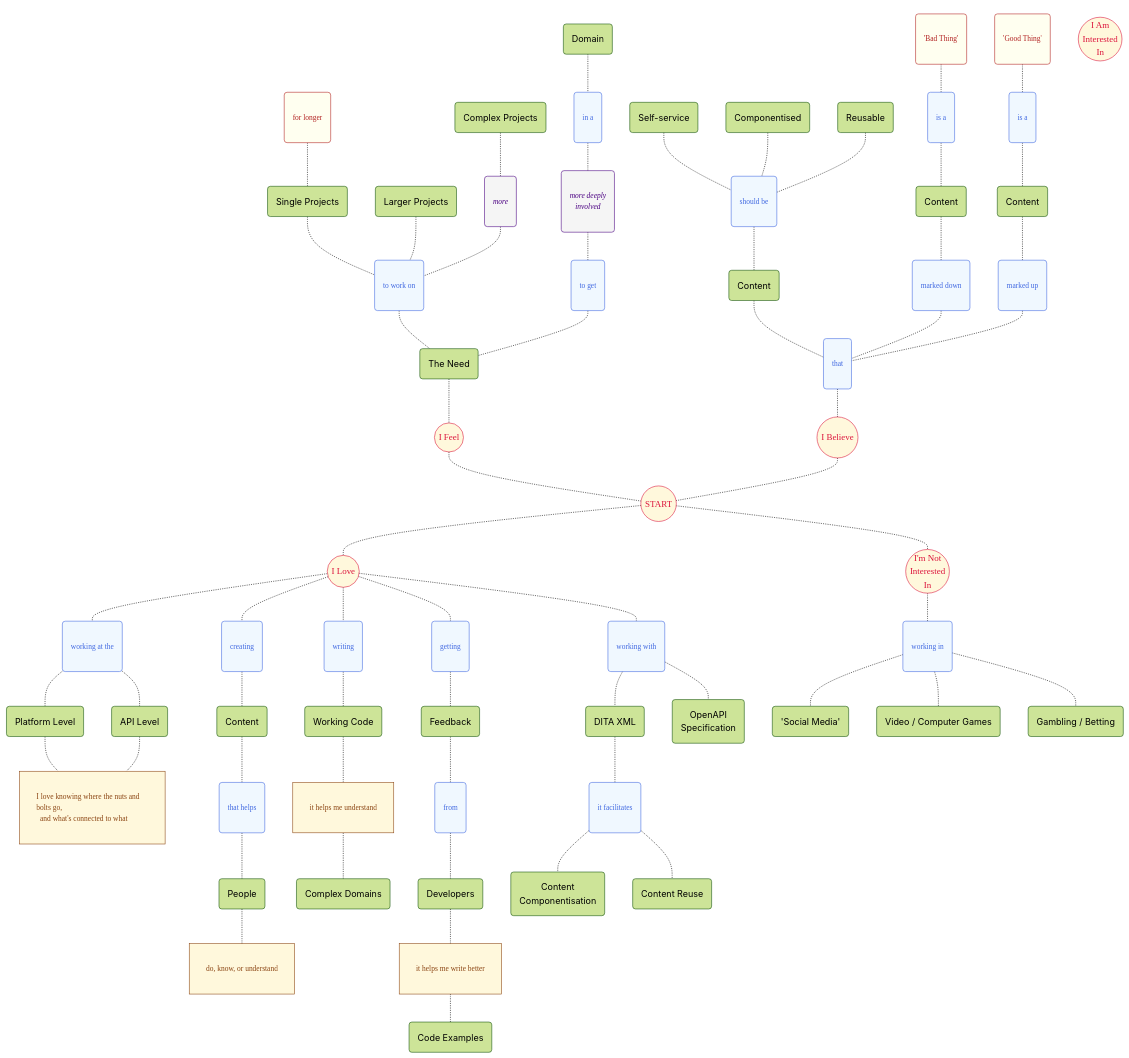
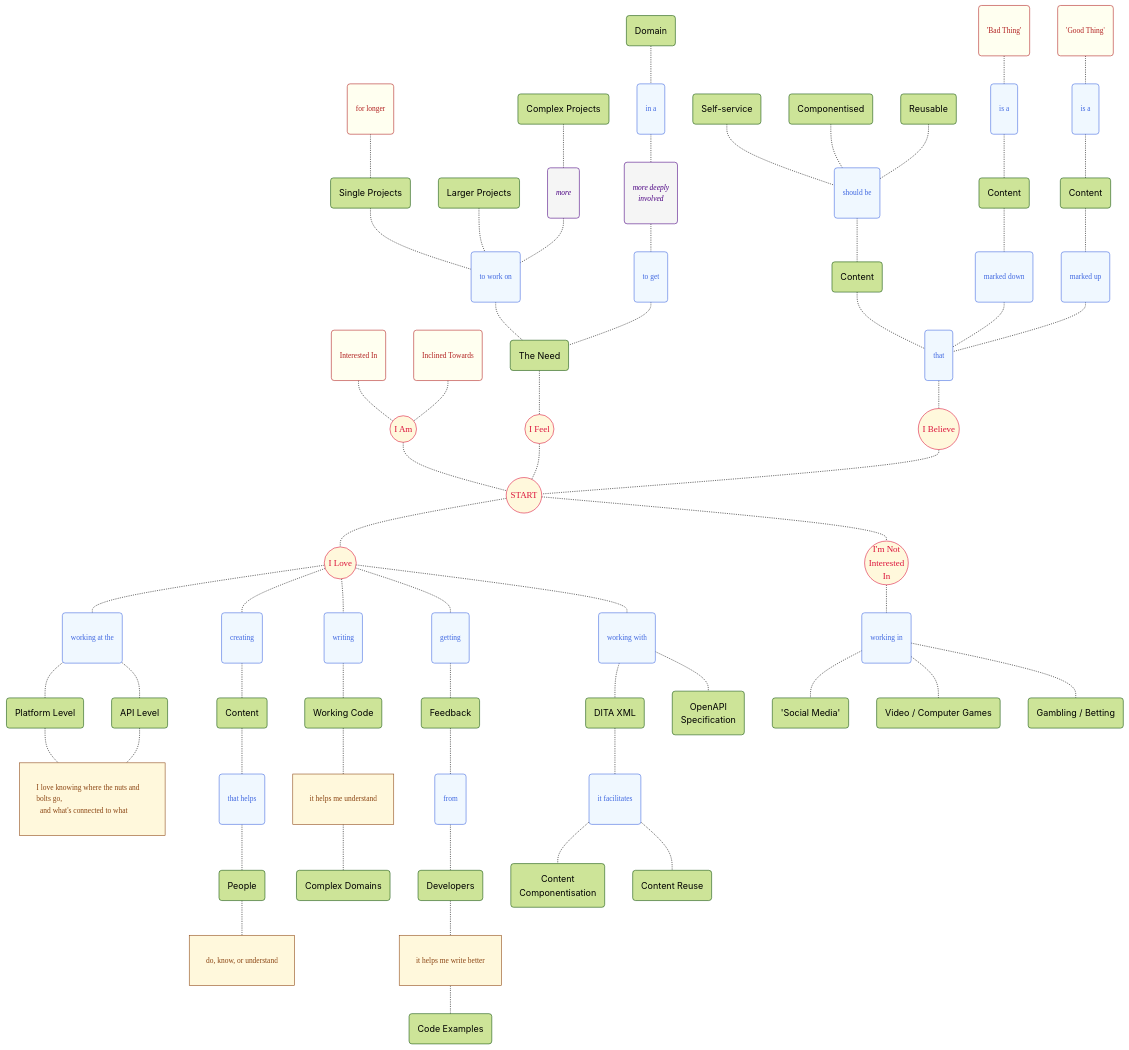
One commit to joe-dorward/samples changed the diagram in my_mindmap_02.md. Above: the diagram before and after it, drawn with Mermaid.

````diff
--- a/my_mindmap_02.md
+++ b/my_mindmap_02.md
@@ -8,9 +8,15 @@
   classDef Note fill:cornsilk, stroke:saddlebrown, color:saddlebrown, font-family:verdana, font-size:10pt, text-align:left, padding:0px 4px;
 
   %% ========== ========== ========== ========== ==========
+  I_AM(("I Am")):::Start
+  INTERESTED_IN("Interested In")
+  INCLINED_TOWARDS("Inclined Towards")
 
+  class INTERESTED_IN,INCLINED_TOWARDS Adjective;
 
-
+  INTERESTED_IN-.-I_AM
+  INCLINED_TOWARDS-.-I_AM
+  %% ========== ========== ========== ========== ==========
   SINGLE_PROJECTS("Single Projects")
   LARGER_PROJECTS("Larger Projects")
   COMPLEX_PROJECTS("Complex Projects")
@@ -171,14 +177,16 @@
   WORKING_IN-.-VIDEO_COMPUTER_GAMES
   WORKING_IN-.-GAMBLING_BETTING
   %%  ========== ========== ========== ========== ==========
-  I_AM_INTERESTED_IN(("I Am<br/>Interested<br/>In")):::Start
+  %%I_AM(("I Am")):::Start
 
   %%  ========== ========== ========== ========== ==========
   START(("START")):::Start
 
+  I_AM-.-START
+
   I_FEEL-.-START
   I_BELIEVE-.-START
-  %%I_AM_INTERESTED_IN-.-START
+
   START-.-I_LOVE
   START-.-IM_NOT_INTERESTED_IN
 ```
````
